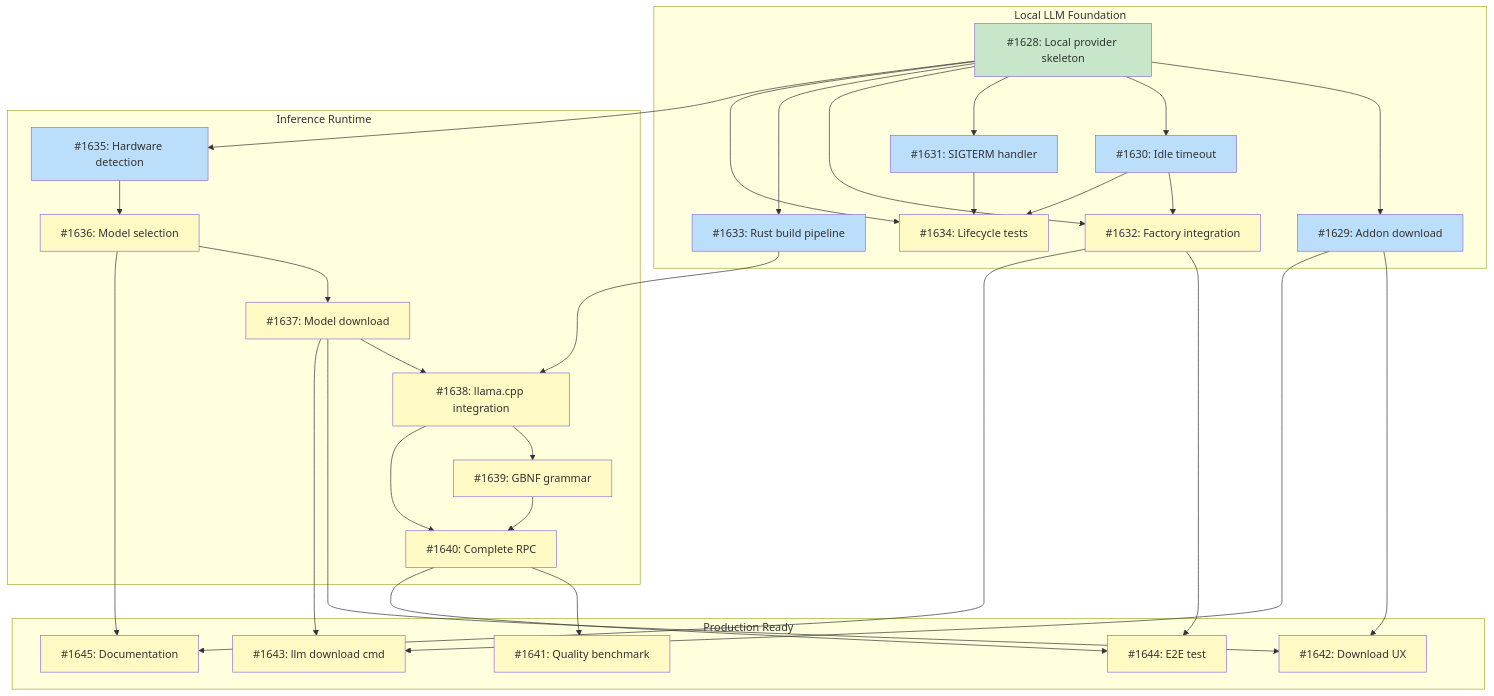
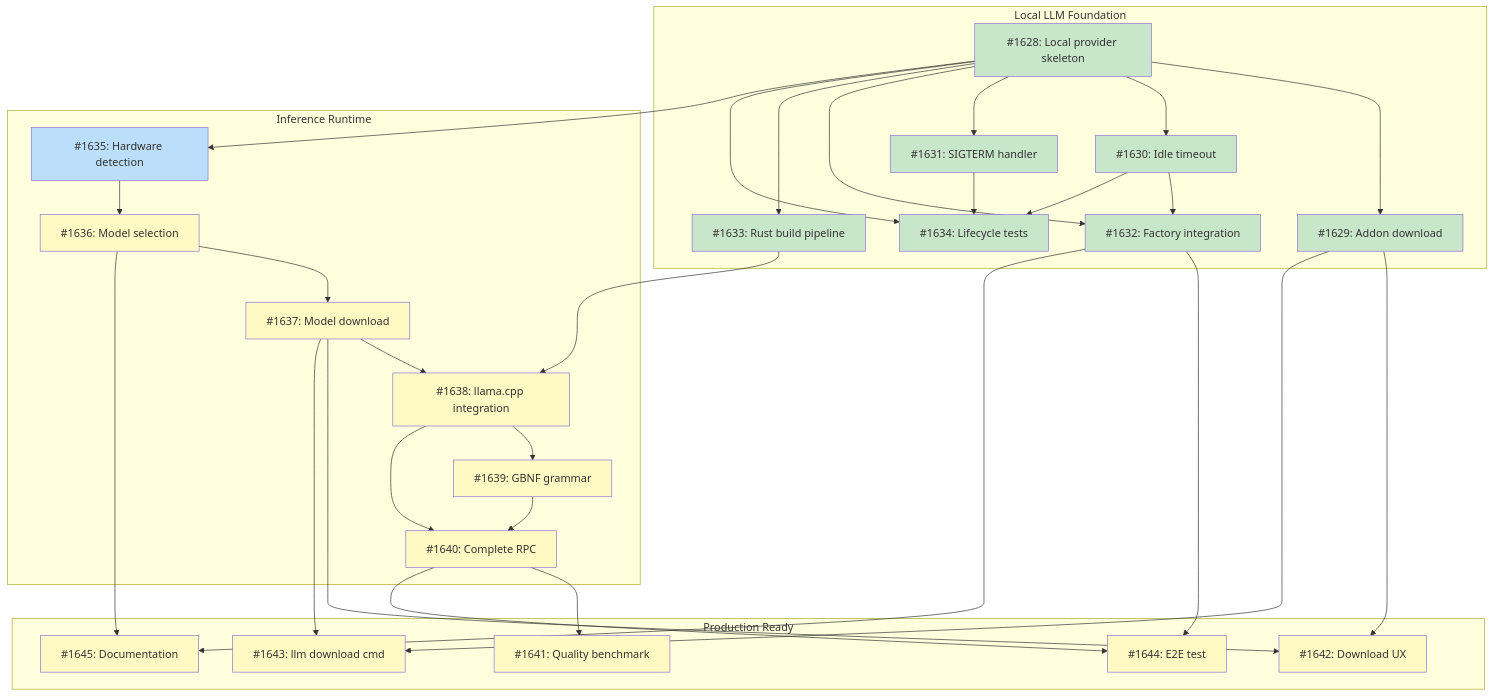
One commit to tsukumogami/tsuku changed the diagram in docs/designs/DESIGN-local-llm-runtime.md. Above: the diagram before and after it, drawn with Mermaid. The commit also changed other lines of this file and 21 other files, not shown here.

````diff
--- a/docs/designs/DESIGN-local-llm-runtime.md
+++ b/docs/designs/DESIGN-local-llm-runtime.md
@@ -74,65 +74,65 @@
 ```mermaid
 graph TD
     subgraph M1["Local LLM Foundation"]
         I1628["#1628: Local provider skeleton"]
         I1629["#1629: Addon download"]
         I1630["#1630: Idle timeout"]
         I1631["#1631: SIGTERM handler"]
         I1632["#1632: Factory integration"]
         I1633["#1633: Rust build pipeline"]
         I1634["#1634: Lifecycle tests"]
     end
 
     subgraph M2["Inference Runtime"]
         I1635["#1635: Hardware detection"]
         I1636["#1636: Model selection"]
         I1637["#1637: Model download"]
         I1638["#1638: llama.cpp integration"]
         I1639["#1639: GBNF grammar"]
         I1640["#1640: Complete RPC"]
     end
 
     subgraph M3["Production Ready"]
         I1641["#1641: Quality benchmark"]
         I1642["#1642: Download UX"]
         I1643["#1643: llm download cmd"]
         I1644["#1644: E2E test"]
         I1645["#1645: Documentation"]
     end
 
     I1628 --> I1629
     I1628 --> I1630
     I1628 --> I1631
     I1628 --> I1632
     I1630 --> I1632
     I1628 --> I1633
     I1628 --> I1634
     I1630 --> I1634
     I1631 --> I1634
     I1628 --> I1635
     I1635 --> I1636
     I1636 --> I1637
     I1633 --> I1638
     I1637 --> I1638
     I1638 --> I1639
     I1638 --> I1640
     I1639 --> I1640
     I1640 --> I1641
     I1629 --> I1642
     I1637 --> I1642
     I1629 --> I1643
     I1637 --> I1643
     I1640 --> I1644
     I1632 --> I1644
     I1632 --> I1645
     I1636 --> I1645
 
     classDef done fill:#c8e6c9
     classDef ready fill:#bbdefb
     classDef blocked fill:#fff9c4
     classDef needsDesign fill:#e1bee7
 
-    class I1628 done
-    class I1629,I1630,I1631,I1633,I1635 ready
-    class I1632,I1634,I1636,I1637,I1638,I1639,I1640,I1641,I1642,I1643,I1644,I1645 blocked
+    class I1628,I1629,I1630,I1631,I1632,I1633,I1634 done
+    class I1635 ready
+    class I1636,I1637,I1638,I1639,I1640,I1641,I1642,I1643,I1644,I1645 blocked
 ```
````
